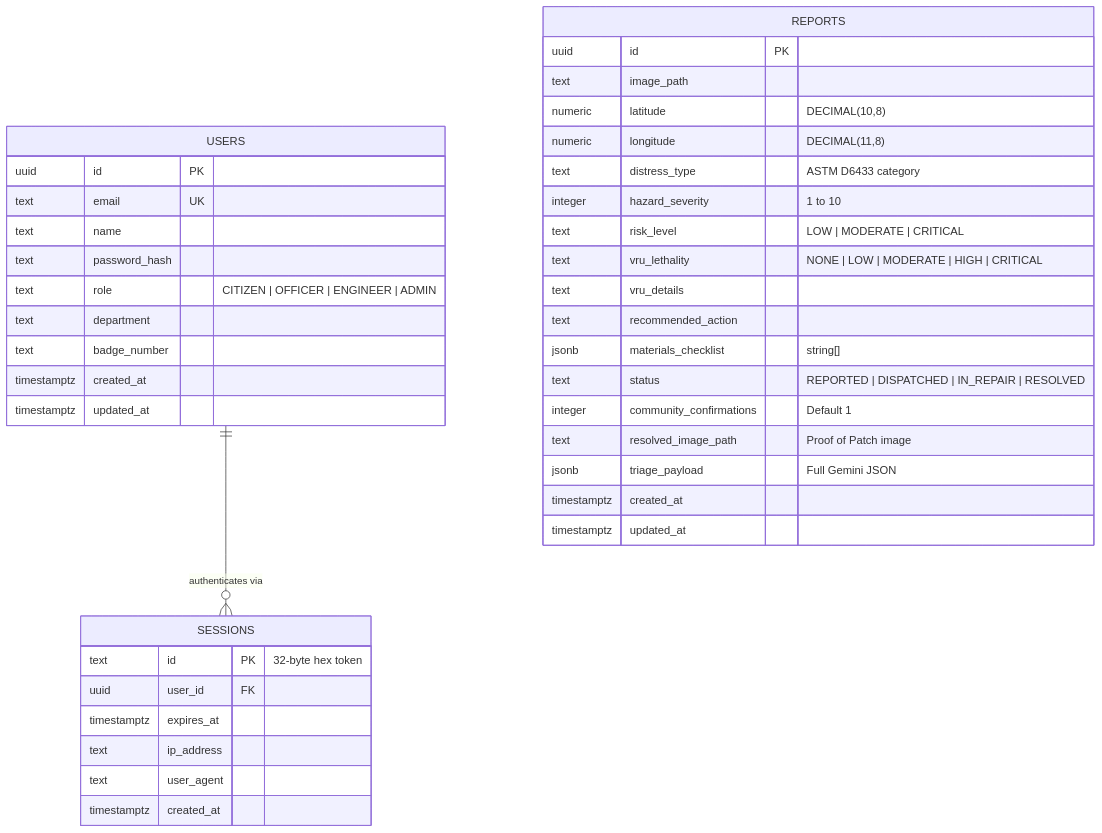
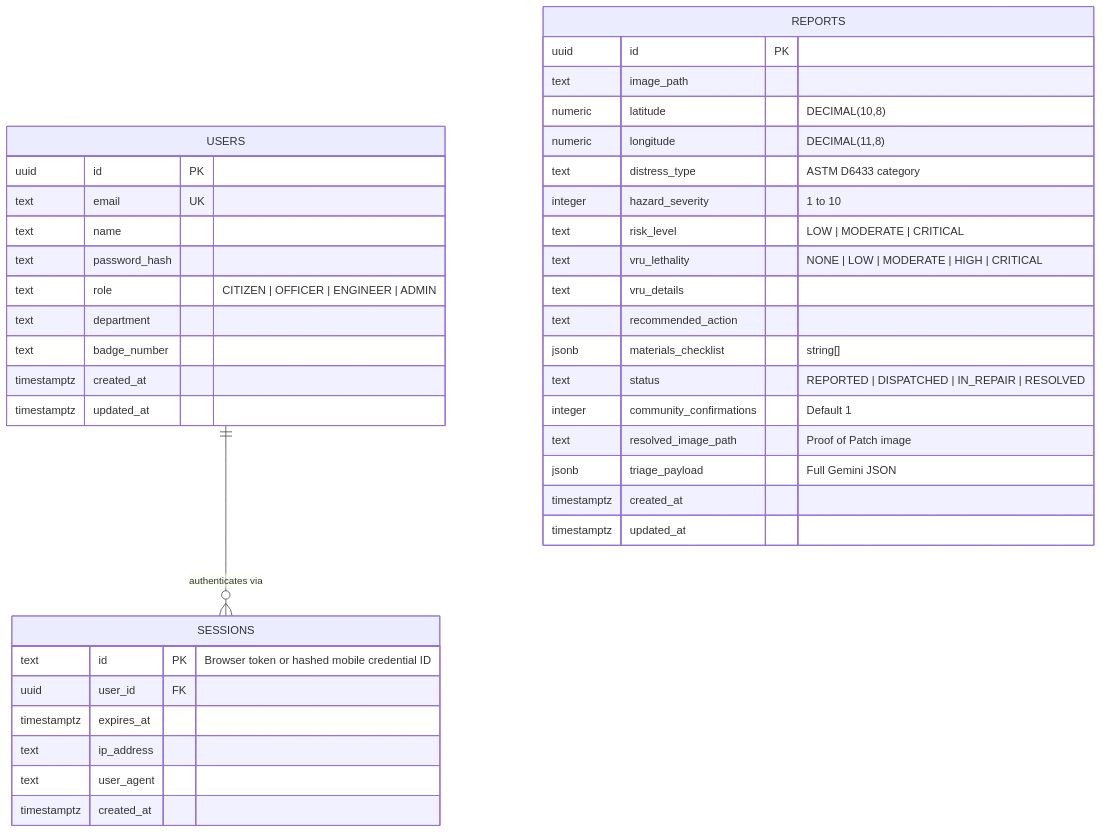
The second of 3 diagrams in docs/ARCHITECTURE.md (Auvryy/surios-ai), drawn with Mermaid before and after one commit. The commit also changed other lines of this file and 3 other files, not shown here.

````diff
--- a/docs/ARCHITECTURE.md
+++ b/docs/ARCHITECTURE.md
@@ -96,42 +117,42 @@
 ```mermaid
 erDiagram
     USERS ||--o{ SESSIONS : "authenticates via"
     USERS {
         uuid id PK
         text email UK
         text name
         text password_hash
         text role "CITIZEN | OFFICER | ENGINEER | ADMIN"
         text department
         text badge_number
         timestamptz created_at
         timestamptz updated_at
     }
     SESSIONS {
-        text id PK "32-byte hex token"
+        text id PK "Browser token or hashed mobile credential ID"
         uuid user_id FK
         timestamptz expires_at
         text ip_address
         text user_agent
         timestamptz created_at
     }
     REPORTS {
         uuid id PK
         text image_path
         numeric latitude "DECIMAL(10,8)"
         numeric longitude "DECIMAL(11,8)"
         text distress_type "ASTM D6433 category"
         integer hazard_severity "1 to 10"
         text risk_level "LOW | MODERATE | CRITICAL"
         text vru_lethality "NONE | LOW | MODERATE | HIGH | CRITICAL"
         text vru_details
         text recommended_action
         jsonb materials_checklist "string[]"
         text status "REPORTED | DISPATCHED | IN_REPAIR | RESOLVED"
         integer community_confirmations "Default 1"
         text resolved_image_path "Proof of Patch image"
         jsonb triage_payload "Full Gemini JSON"
         timestamptz created_at
         timestamptz updated_at
     }
 ```
````
